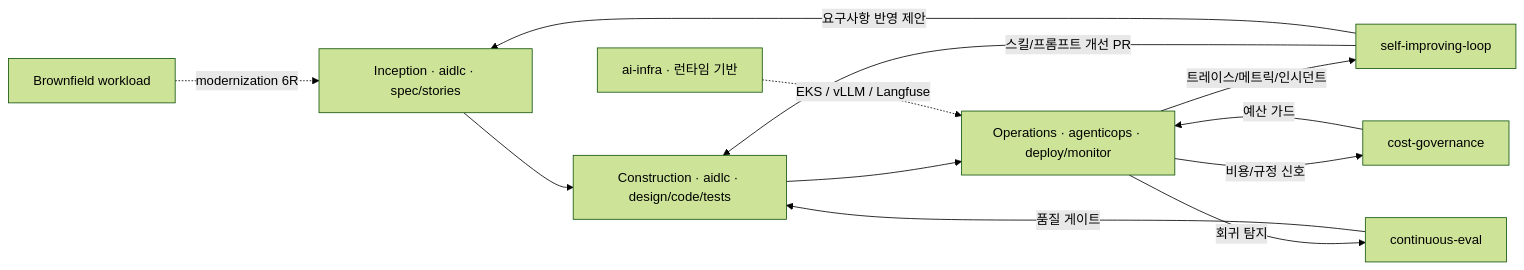
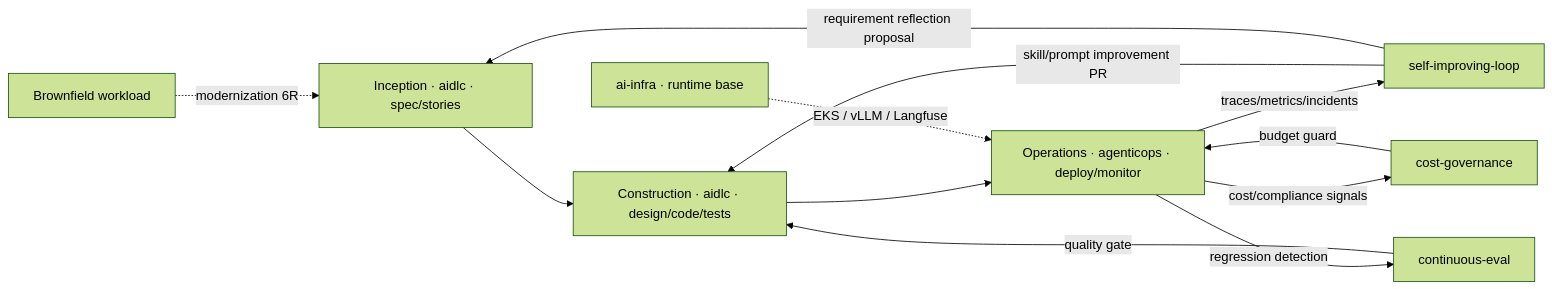
Before and after one commit to devfloor9/sample-oh-my-aidlcops: the diagram in docs/docs/philosophy-aidlc-meets-agenticops.md, drawn with Mermaid (forest theme). The commit also changed other lines of this file and 44 other files, not shown here.

````diff
--- a/docs/docs/philosophy-aidlc-meets-agenticops.md
+++ b/docs/docs/philosophy-aidlc-meets-agenticops.md
@@ -62,14 +59,14 @@
 ```mermaid
 flowchart LR
     BF["Brownfield workload"] -. "modernization 6R" .-> I
     I["Inception · aidlc · spec/stories"] --> C["Construction · aidlc · design/code/tests"]
     C --> O["Operations · agenticops · deploy/monitor"]
-    O -- "트레이스/메트릭/인시던트" --> SI["self-improving-loop"]
-    SI -- "스킬/프롬프트 개선 PR" --> C
-    SI -- "요구사항 반영 제안" --> I
-    O -- "비용/규정 신호" --> CG["cost-governance"]
-    CG -- "예산 가드" --> O
-    O -- "회귀 탐지" --> CE["continuous-eval"]
-    CE -- "품질 게이트" --> C
-    RT["ai-infra · 런타임 기반"] -. "EKS / vLLM / Langfuse" .-> O
+    O -- "traces/metrics/incidents" --> SI["self-improving-loop"]
+    SI -- "skill/prompt improvement PR" --> C
+    SI -- "requirement reflection proposal" --> I
+    O -- "cost/compliance signals" --> CG["cost-governance"]
+    CG -- "budget guard" --> O
+    O -- "regression detection" --> CE["continuous-eval"]
+    CE -- "quality gate" --> C
+    RT["ai-infra · runtime base"] -. "EKS / vLLM / Langfuse" .-> O
 ```
````
